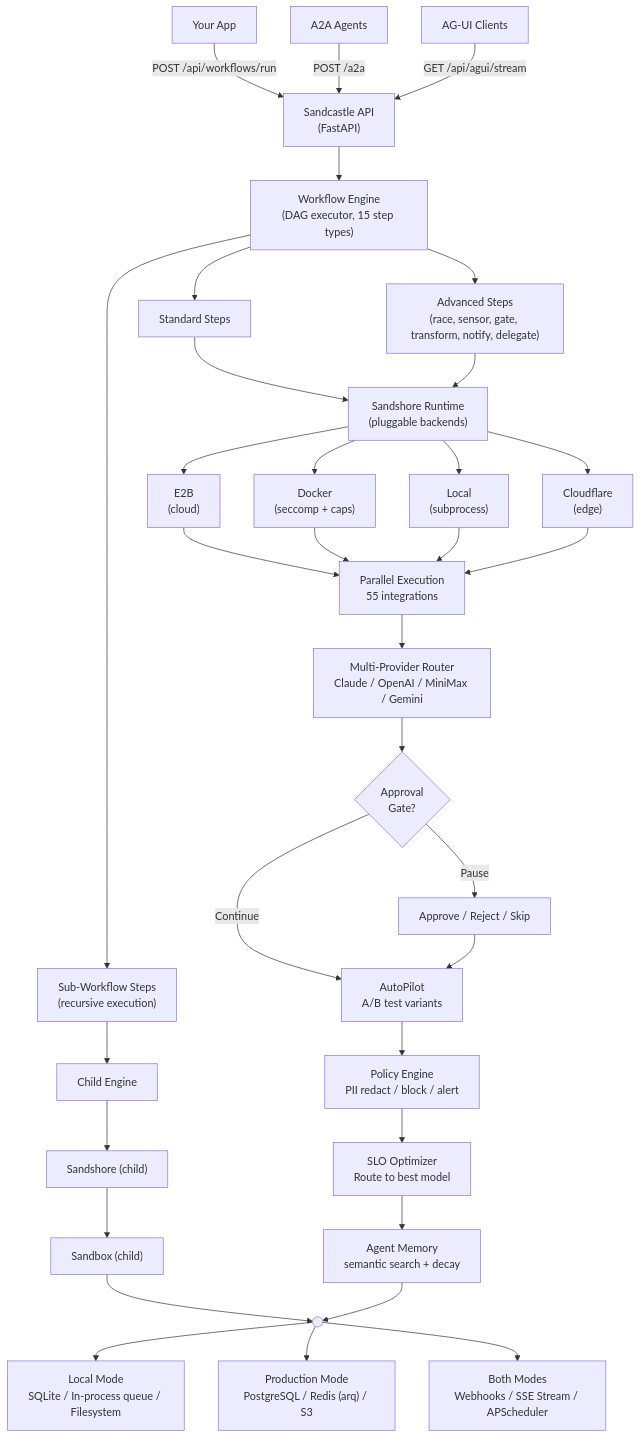
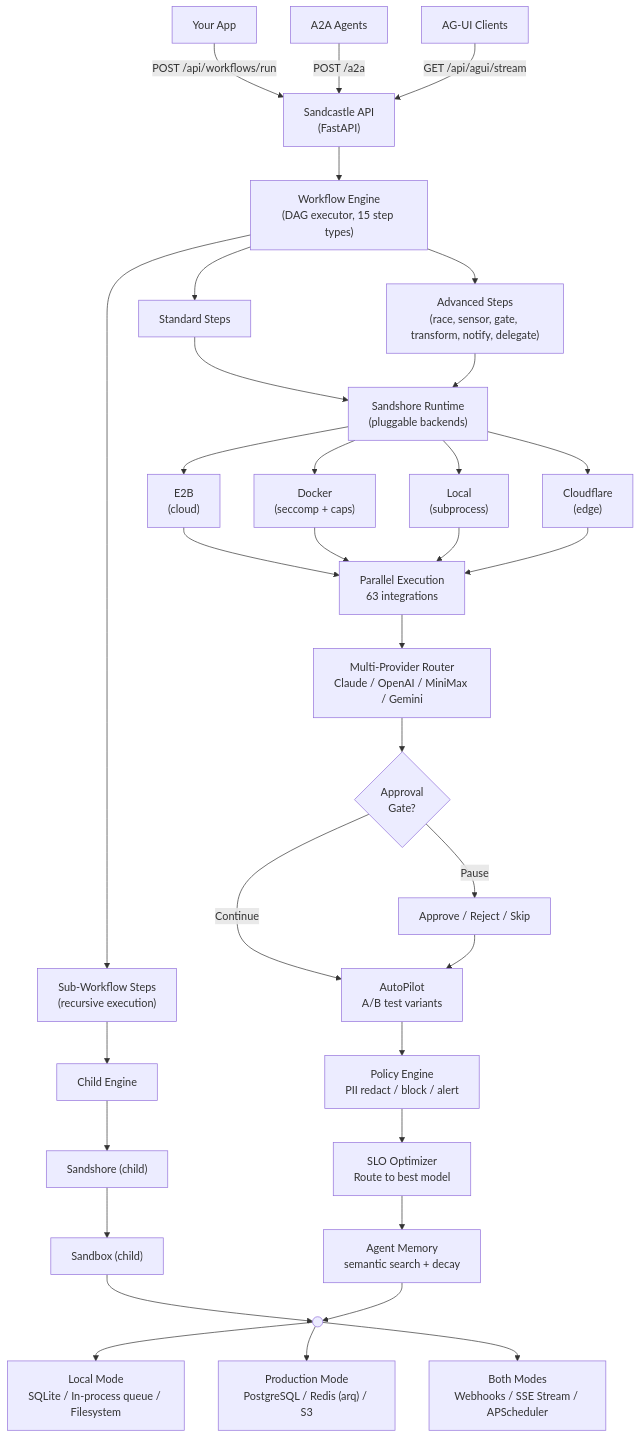
Before and after one commit to gizmax/Sandcastle: the second of 2 diagrams in README.md, drawn with Mermaid. The commit also changed other lines of this file, not shown here.

````diff
--- a/README.md
+++ b/README.md
@@ -1566,47 +1816,47 @@
 ```mermaid
 flowchart TD
     App["Your App"] -->|"POST /api/workflows/run"| API["Sandcastle API\n(FastAPI)"]
     A2A["A2A Agents"] -->|"POST /a2a"| API
     AGUI["AG-UI Clients"] -->|"GET /api/agui/stream"| API
 
     API --> Engine["Workflow Engine\n(DAG executor, 15 step types)"]
 
     Engine --> Standard["Standard Steps"]
     Engine --> Sub["Sub-Workflow Steps\n(recursive execution)"]
     Engine --> Advanced["Advanced Steps\n(race, sensor, gate, transform, notify, delegate)"]
 
     Standard --> Sandshore["Sandshore Runtime\n(pluggable backends)"]
     Sub --> Child["Child Engine"]
     Advanced --> Sandshore
     Child --> SandshoreChild["Sandshore (child)"]
 
     Sandshore --> E2B["E2B\n(cloud)"]
     Sandshore --> Docker["Docker\n(seccomp + caps)"]
     Sandshore --> Local["Local\n(subprocess)"]
     Sandshore --> CF["Cloudflare\n(edge)"]
     SandshoreChild --> E2B2["Sandbox (child)"]
 
     E2B --> Execution
     Docker --> Execution
     Local --> Execution
     CF --> Execution
     E2B2 --> Merge
 
-    Execution["Parallel Execution\n55 integrations"] --> Provider["Multi-Provider Router\nClaude / OpenAI / MiniMax / Gemini"]
+    Execution["Parallel Execution\n63 integrations"] --> Provider["Multi-Provider Router\nClaude / OpenAI / MiniMax / Gemini"]
 
     Provider --> Gate{"Approval\nGate?"}
 
     Gate -->|"Pause"| Review["Approve / Reject / Skip"]
     Gate -->|"Continue"| AutoPilot
 
     Review --> AutoPilot["AutoPilot\nA/B test variants"]
     AutoPilot --> Policy["Policy Engine\nPII redact / block / alert"]
     Policy --> Optimizer["SLO Optimizer\nRoute to best model"]
     Optimizer --> Memory["Agent Memory\nsemantic search + decay"]
 
     Memory --> Merge((" "))
 
     Merge --> LocalMode["Local Mode\nSQLite / In-process queue / Filesystem"]
     Merge --> ProdMode["Production Mode\nPostgreSQL / Redis (arq) / S3"]
     Merge --> BothModes["Both Modes\nWebhooks / SSE Stream / APScheduler"]
 ```
````
